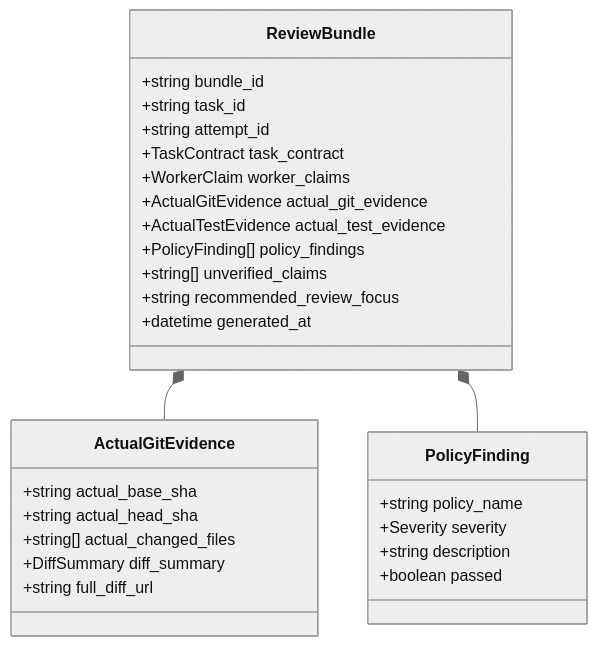
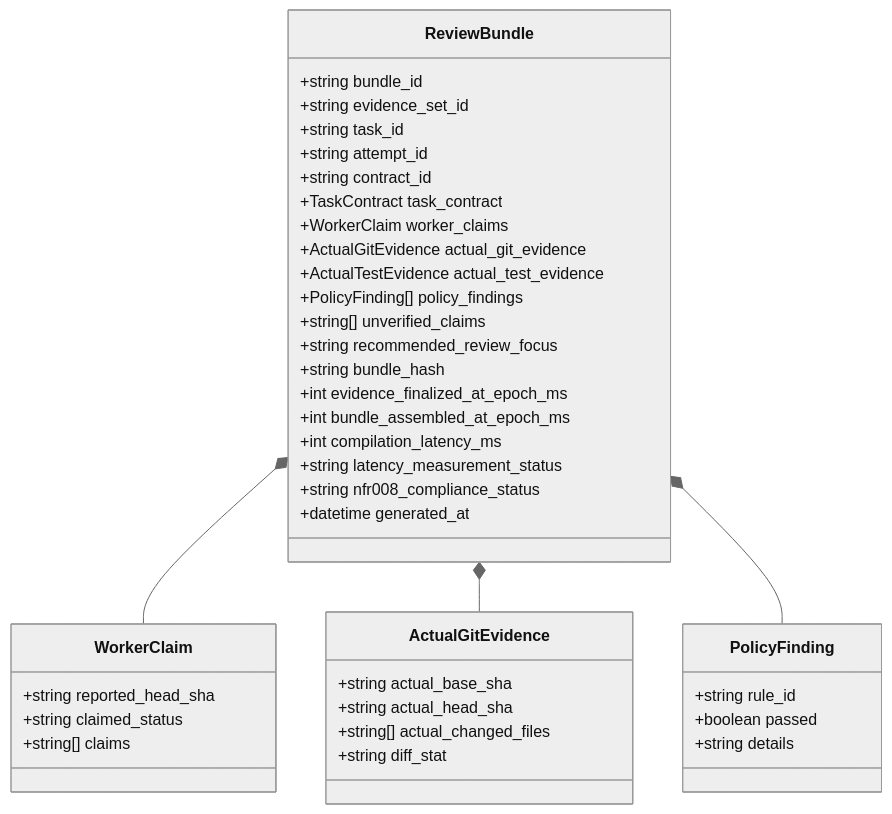
One commit to trungqwe/ai-supervisor changed the diagram in docs/10_REVIEW_BUNDLE.md. Above: the diagram before and after it, drawn with Mermaid (neutral theme). The commit also changed other lines of this file and 15 other files, not shown here.

````diff
--- a/docs/10_REVIEW_BUNDLE.md
+++ b/docs/10_REVIEW_BUNDLE.md
@@ -18,34 +19,47 @@
 ```mermaid
 classDiagram
     class ReviewBundle {
         +string bundle_id
+        +string evidence_set_id
         +string task_id
         +string attempt_id
+        +string contract_id
         +TaskContract task_contract
         +WorkerClaim worker_claims
         +ActualGitEvidence actual_git_evidence
         +ActualTestEvidence actual_test_evidence
         +PolicyFinding[] policy_findings
         +string[] unverified_claims
         +string recommended_review_focus
+        +string bundle_hash
+        +int evidence_finalized_at_epoch_ms
+        +int bundle_assembled_at_epoch_ms
+        +int compilation_latency_ms
+        +string latency_measurement_status
+        +string nfr008_compliance_status
         +datetime generated_at
+    }
+
+    class WorkerClaim {
+        +string reported_head_sha
+        +string claimed_status
+        +string[] claims
     }
 
     class ActualGitEvidence {
         +string actual_base_sha
         +string actual_head_sha
         +string[] actual_changed_files
-        +DiffSummary diff_summary
-        +string full_diff_url
+        +string diff_stat
     }
 
     class PolicyFinding {
-        +string policy_name
-        +Severity severity
-        +string description
+        +string rule_id
         +boolean passed
+        +string details
     }
 
+    ReviewBundle *-- WorkerClaim
     ReviewBundle *-- ActualGitEvidence
     ReviewBundle *-- PolicyFinding
 ```
````
